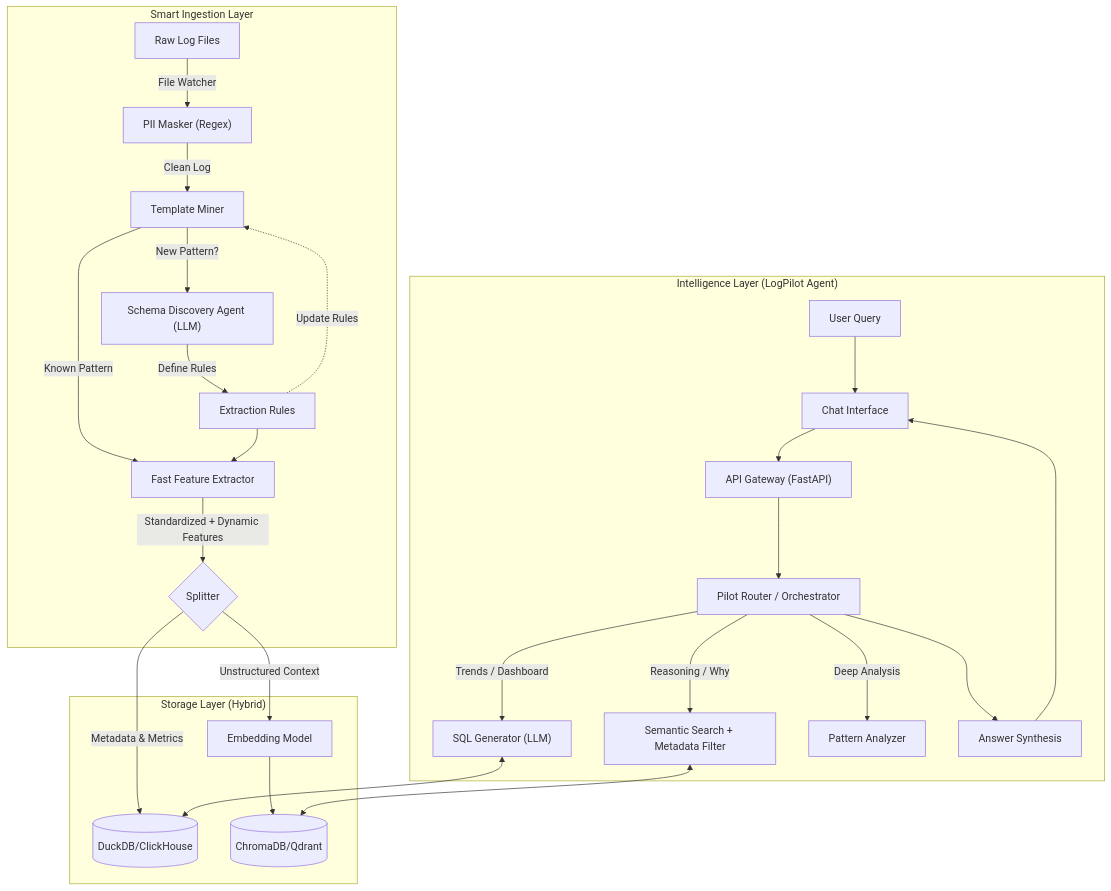
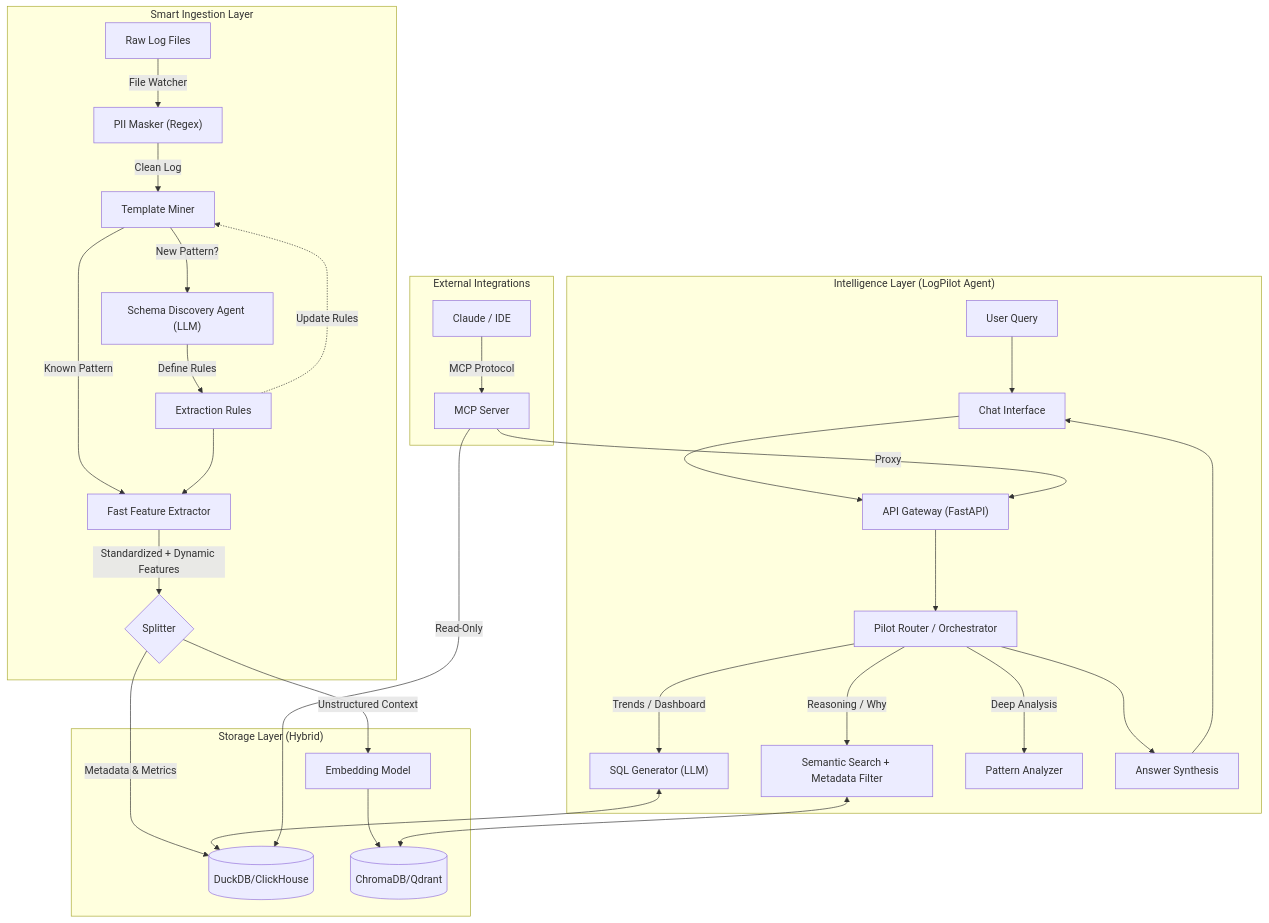
One commit to Jim-lan/log-pilot changed the first of 2 diagrams in docs/architecture.md. Above: the diagram before and after it, drawn with Mermaid. The commit also changed other lines of this file and 1 other file, not shown here.

Commit message:
update MCP doc

````diff
--- a/docs/architecture.md
+++ b/docs/architecture.md
@@ -34,39 +51,45 @@
 ```mermaid
 graph TD
     subgraph "Smart Ingestion Layer"
         RawLogs[Raw Log Files] --> |File Watcher| PIIMasker["PII Masker (Regex)"]
         PIIMasker --> |Clean Log| TemplateMiner[Template Miner]
         
         %% Schema Discovery Loop
         TemplateMiner -- "New Pattern?" --> SchemaAgent["Schema Discovery Agent (LLM)"]
         SchemaAgent -- "Define Rules" --> RuleStore[Extraction Rules]
         RuleStore -.-> |"Update Rules"| TemplateMiner
         
         %% Extraction
         TemplateMiner -- "Known Pattern" --> Extractor[Fast Feature Extractor]
         RuleStore --> Extractor
         Extractor --> |"Standardized + Dynamic Features"| Branch{Splitter}
     end
 
     subgraph "Storage Layer (Hybrid)"
         Branch --> |"Metadata & Metrics"| TimeSeriesDB[("DuckDB/ClickHouse")]
         Branch --> |"Unstructured Context"| Vectorizer[Embedding Model]
         Vectorizer --> VectorDB[("ChromaDB/Qdrant")]
     end
 
     subgraph "Intelligence Layer (LogPilot Agent)"
         User[User Query] --> ChatUI[Chat Interface]
         ChatUI --> API["API Gateway (FastAPI)"]
         API --> Router["Pilot Router / Orchestrator"]
         
         Router --> |"Trends / Dashboard"| SQL_Tool["SQL Generator (LLM)"]
         Router --> |"Reasoning / Why"| RAG_Tool["Semantic Search + Metadata Filter"]
         Router --> |"Deep Analysis"| Anomaly_Tool[Pattern Analyzer]
         
         SQL_Tool <--> TimeSeriesDB
         RAG_Tool <--> VectorDB
         
         Router --> Synthesizer[Answer Synthesis]
         Synthesizer --> ChatUI
     end
+
+    subgraph "External Integrations"
+        ExternalAgent[Claude / IDE] --> |MCP Protocol| MCPServer["MCP Server"]
+        MCPServer --> |Read-Only| TimeSeriesDB
+        MCPServer --> |Proxy| API
+    end
 ```
````
